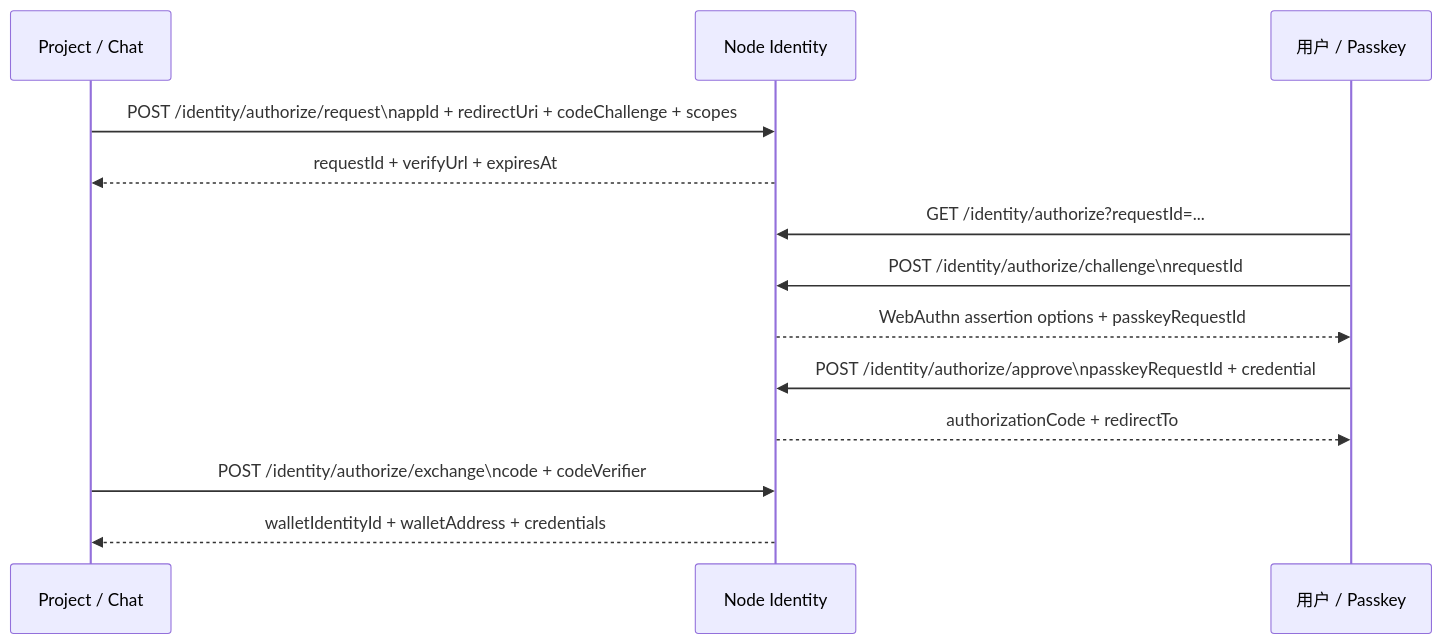
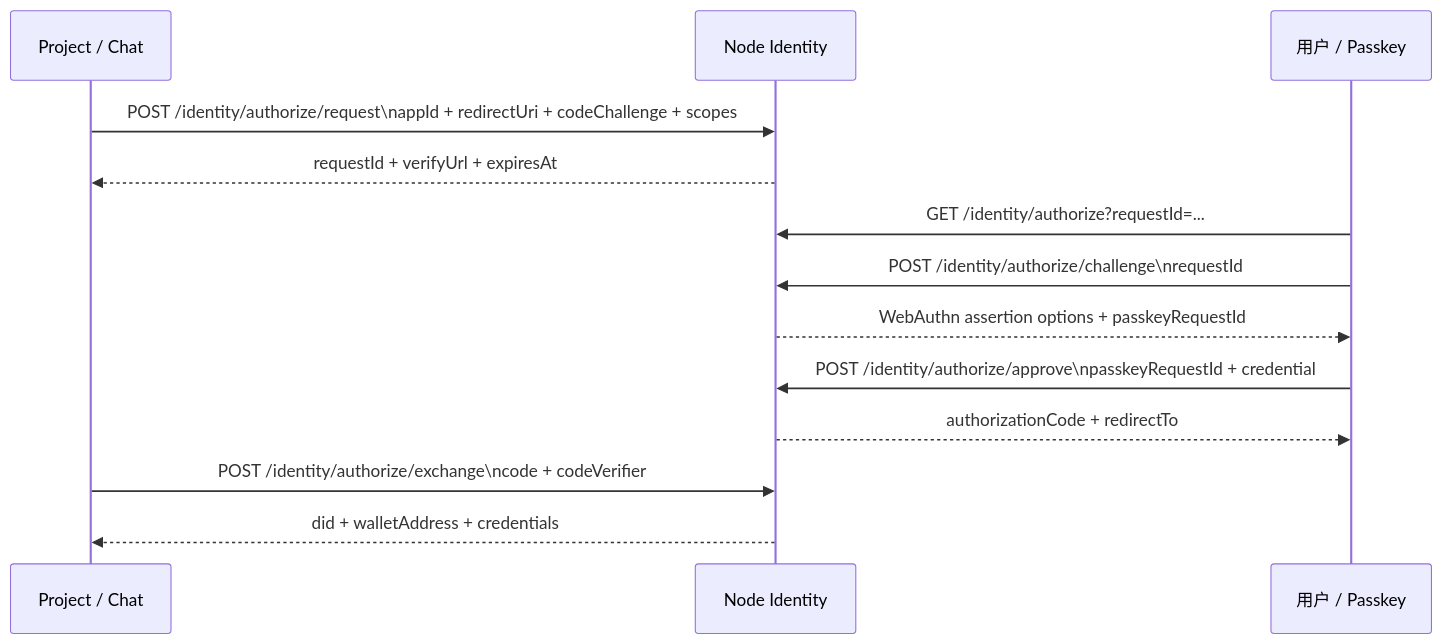
One commit to yeying-community/node changed the sixth of 6 diagrams in docs/登录授权.md. Above: the diagram before and after it, drawn with Mermaid. The commit also changed other lines of this file and 6 other files, not shown here.

Commit message:
feat: return DID as wallet identity subject

````diff
--- a/docs/登录授权.md
+++ b/docs/登录授权.md
@@ -161,16 +161,16 @@
 ```mermaid
 sequenceDiagram
   participant App as Project / Chat
   participant Node as Node Identity
   participant User as 用户 / Passkey
 
   App ->> Node: POST /identity/authorize/request\nappId + redirectUri + codeChallenge + scopes
   Node -->> App: requestId + verifyUrl + expiresAt
   User ->> Node: GET /identity/authorize?requestId=...
   User ->> Node: POST /identity/authorize/challenge\nrequestId
   Node -->> User: WebAuthn assertion options + passkeyRequestId
   User ->> Node: POST /identity/authorize/approve\npasskeyRequestId + credential
   Node -->> User: authorizationCode + redirectTo
   App ->> Node: POST /identity/authorize/exchange\ncode + codeVerifier
-  Node -->> App: walletIdentityId + walletAddress + credentials
+  Node -->> App: did + walletAddress + credentials
 ```
````
